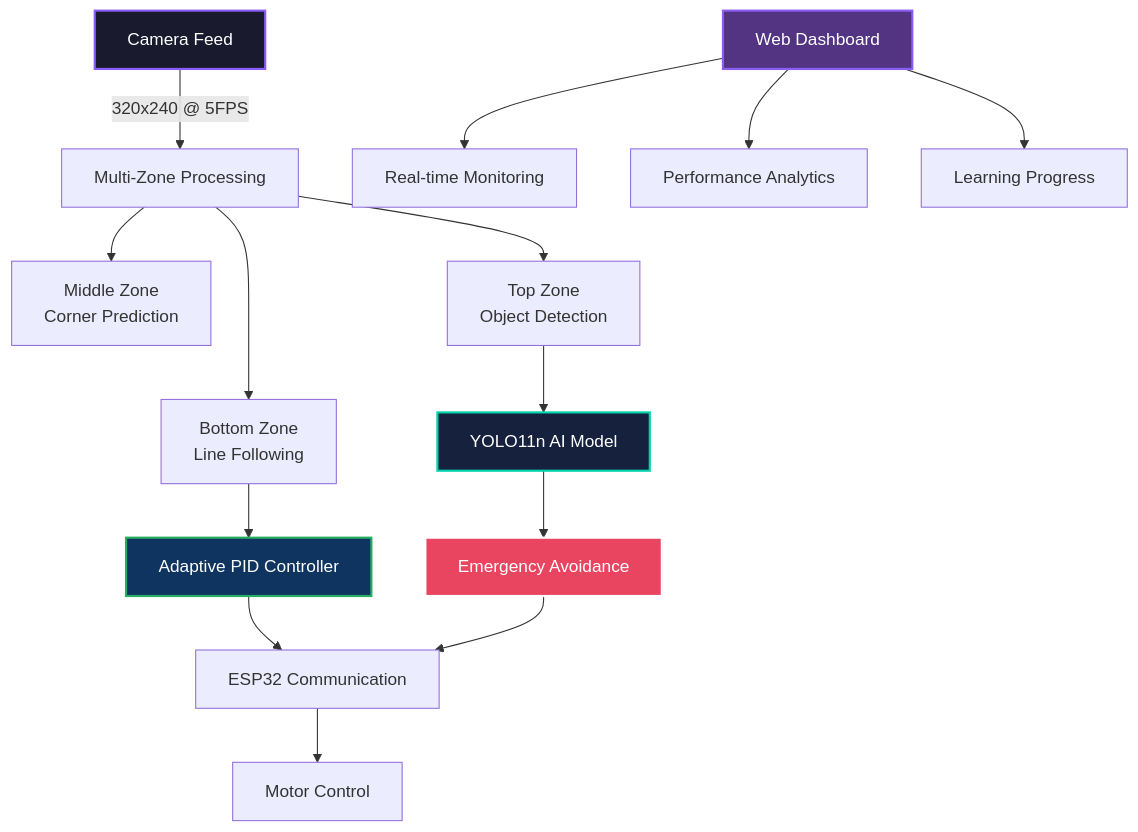
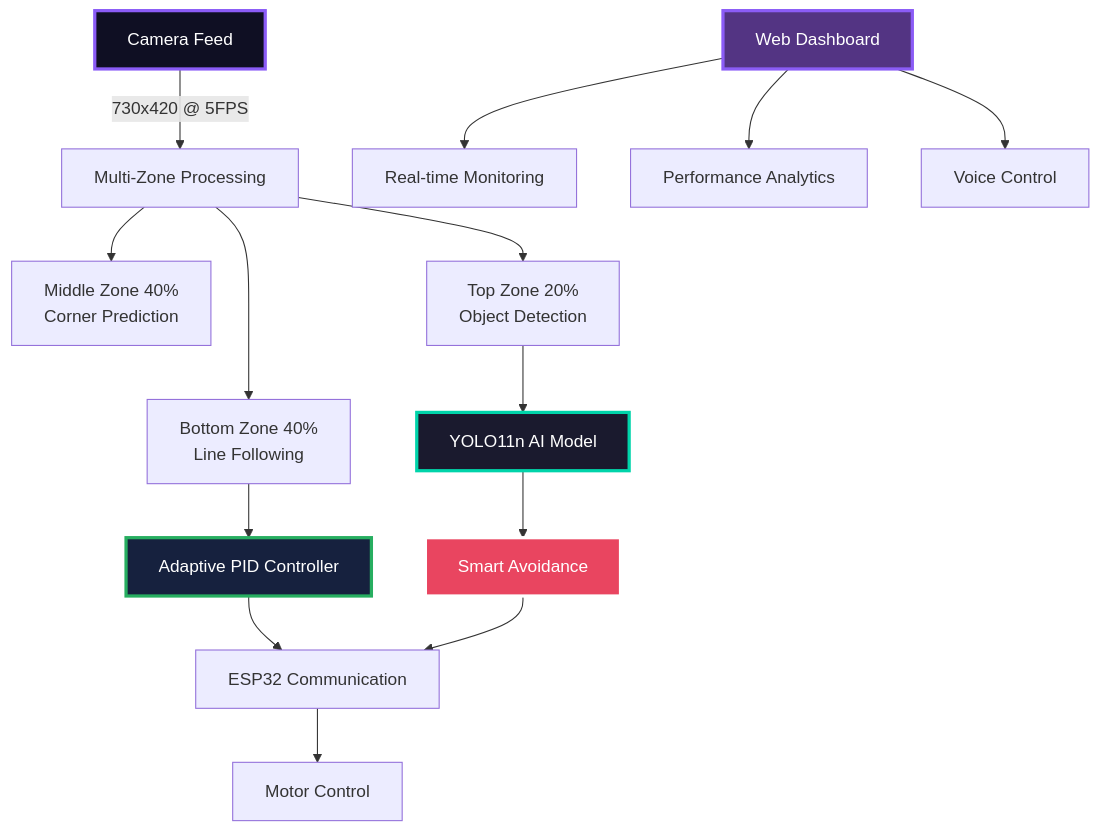
Before and after one commit to Simonf8/autonomous-linefollower-robot: the first of 2 diagrams in README.md, drawn with Mermaid. The commit also changed other lines of this file, not shown here.

````diff
--- a/README.md
+++ b/README.md
@@ -46,24 +47,24 @@
 ```mermaid
 graph TD
-    A[Camera Feed] -->|320x240 @ 5FPS| B[Multi-Zone Processing]
-    B --> C[Bottom Zone<br/>Line Following]
-    B --> D[Middle Zone<br/>Corner Prediction] 
-    B --> E[Top Zone<br/>Object Detection]
+    A[Camera Feed] -->|730x420 @ 5FPS| B[Multi-Zone Processing]
+    B --> C[Bottom Zone 40%<br/>Line Following]
+    B --> D[Middle Zone 40%<br/>Corner Prediction] 
+    B --> E[Top Zone 20%<br/>Object Detection]
     
     E --> F[YOLO11n AI Model]
-    F --> G[Emergency Avoidance]
+    F --> G[Smart Avoidance]
     C --> H[Adaptive PID Controller]
     H --> I[ESP32 Communication]
     G --> I
     I --> J[Motor Control]
     
     K[Web Dashboard] --> L[Real-time Monitoring]
     K --> M[Performance Analytics]
-    K --> N[Learning Progress]
+    K --> N[Voice Control]
     
-    style A fill:#1a1a2e,stroke:#8b5cf6,stroke-width:2px,color:#fff
-    style F fill:#16213e,stroke:#00d4aa,stroke-width:2px,color:#fff
-    style G fill:#e94560,stroke:#fff,stroke-width:2px,color:#fff
-    style H fill:#0f3460,stroke:#27ae60,stroke-width:2px,color:#fff
-    style K fill:#533483,stroke:#8b5cf6,stroke-width:2px,color:#fff
+    style A fill:#0f0f23,stroke:#8b5cf6,stroke-width:3px,color:#fff
+    style F fill:#1a1a2e,stroke:#00d4aa,stroke-width:3px,color:#fff
+    style G fill:#e94560,stroke:#fff,stroke-width:3px,color:#fff
+    style H fill:#16213e,stroke:#27ae60,stroke-width:3px,color:#fff
+    style K fill:#533483,stroke:#8b5cf6,stroke-width:3px,color:#fff
 ```
````
